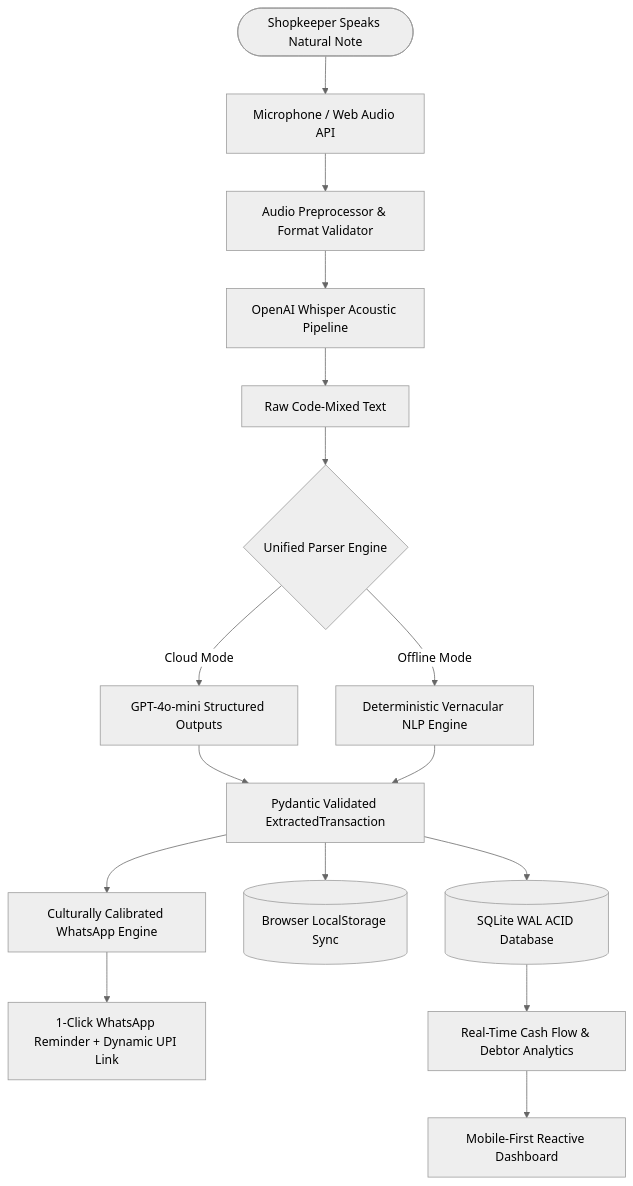
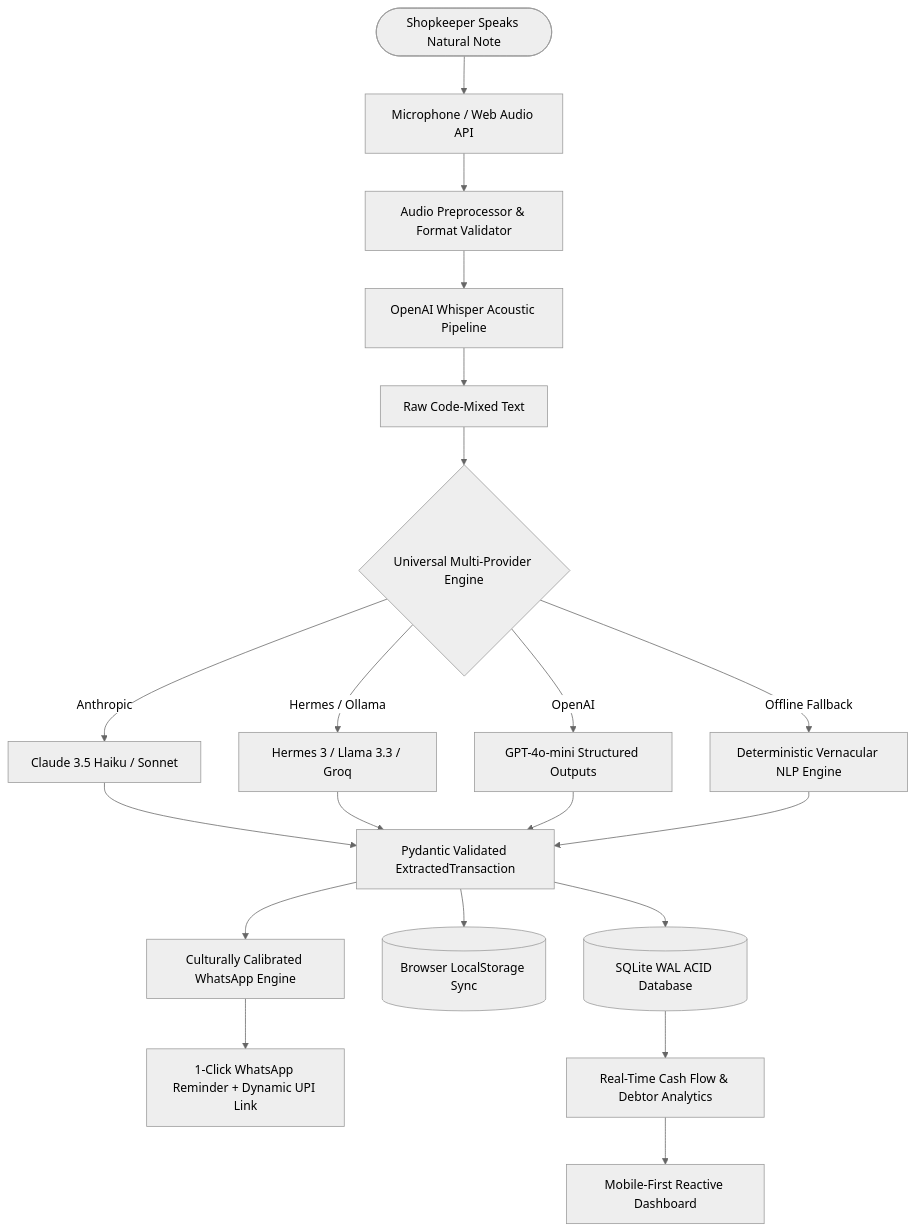
The diagram in README.md (akanshasingh30nov-creator/likhlo-ai), drawn with Mermaid (neutral theme) before and after one commit. The commit also changed other lines of this file and 15 other files, not shown here.

Commit message:
feat: add Universal Multi-Provider AI architecture supporting Anthropic Claude, Hermes/Ollama, OpenAI, and Offline Heuristics

````diff
--- a/README.md
+++ b/README.md
@@ -45,22 +46,26 @@
 ```mermaid
 graph TD
     User([Shopkeeper Speaks Natural Note]) --> Mic[Microphone / Web Audio API]
     Mic --> Ingest[Audio Preprocessor & Format Validator]
     Ingest --> Whisper[OpenAI Whisper Acoustic Pipeline]
     Whisper --> Transcript[Raw Code-Mixed Text]
     
-    Transcript --> UnifiedParser{Unified Parser Engine}
-    UnifiedParser -->|Cloud Mode| LLMParser[GPT-4o-mini Structured Outputs]
-    UnifiedParser -->|Offline Mode| HeuristicParser[Deterministic Vernacular NLP Engine]
+    Transcript --> UnifiedParser{Universal Multi-Provider Engine}
+    UnifiedParser -->|Anthropic| Claude[Claude 3.5 Haiku / Sonnet]
+    UnifiedParser -->|Hermes / Ollama| OpenLLM[Hermes 3 / Llama 3.3 / Groq]
+    UnifiedParser -->|OpenAI| GPT[GPT-4o-mini Structured Outputs]
+    UnifiedParser -->|Offline Fallback| Heuristics[Deterministic Vernacular NLP Engine]
     
-    LLMParser --> PydanticRecord[Pydantic Validated ExtractedTransaction]
-    HeuristicParser --> PydanticRecord
+    Claude --> PydanticRecord[Pydantic Validated ExtractedTransaction]
+    OpenLLM --> PydanticRecord
+    GPT --> PydanticRecord
+    Heuristics --> PydanticRecord
     
     PydanticRecord --> SQLite[(SQLite WAL ACID Database)]
     PydanticRecord --> ClientStorage[(Browser LocalStorage Sync)]
     PydanticRecord --> ReminderEngine[Culturally Calibrated WhatsApp Engine]
     
     ReminderEngine --> WhatsAppAction[1-Click WhatsApp Reminder + Dynamic UPI Link]
     SQLite --> AnalyticsAPI[Real-Time Cash Flow & Debtor Analytics]
     AnalyticsAPI --> WebDashboard[Mobile-First Reactive Dashboard]
 ```
````
